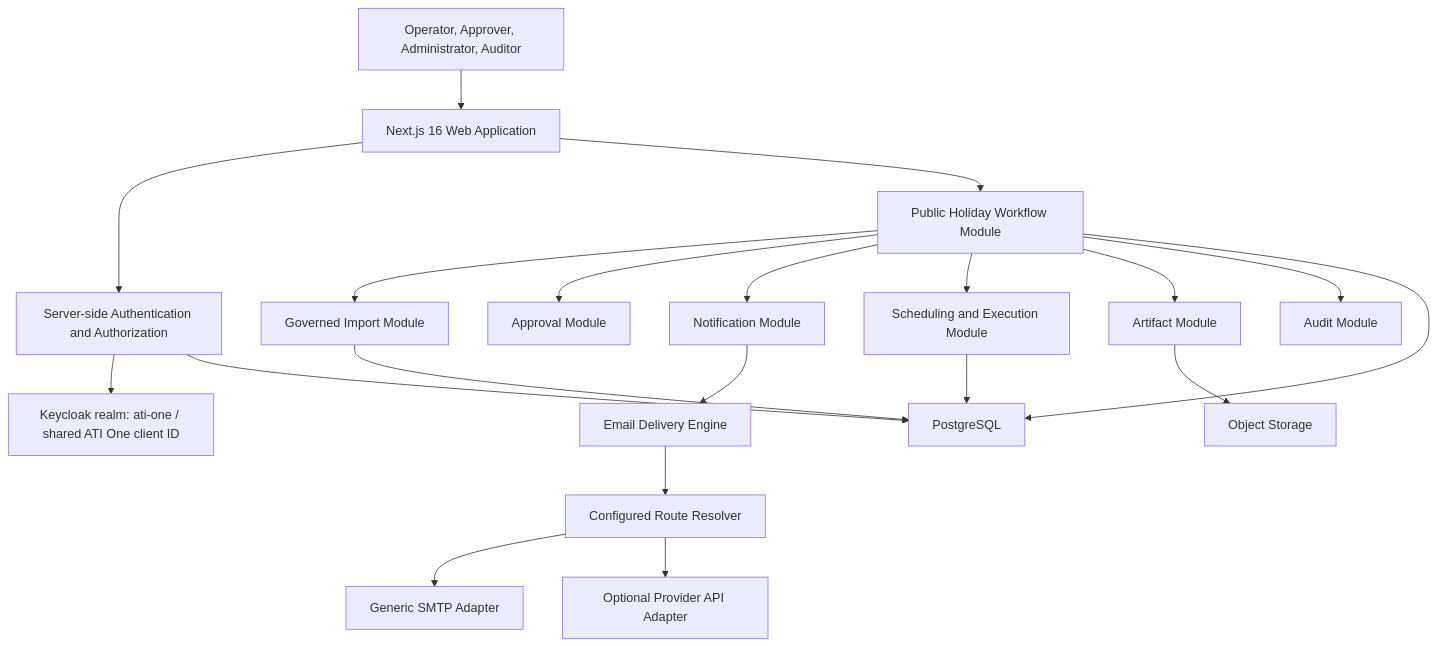
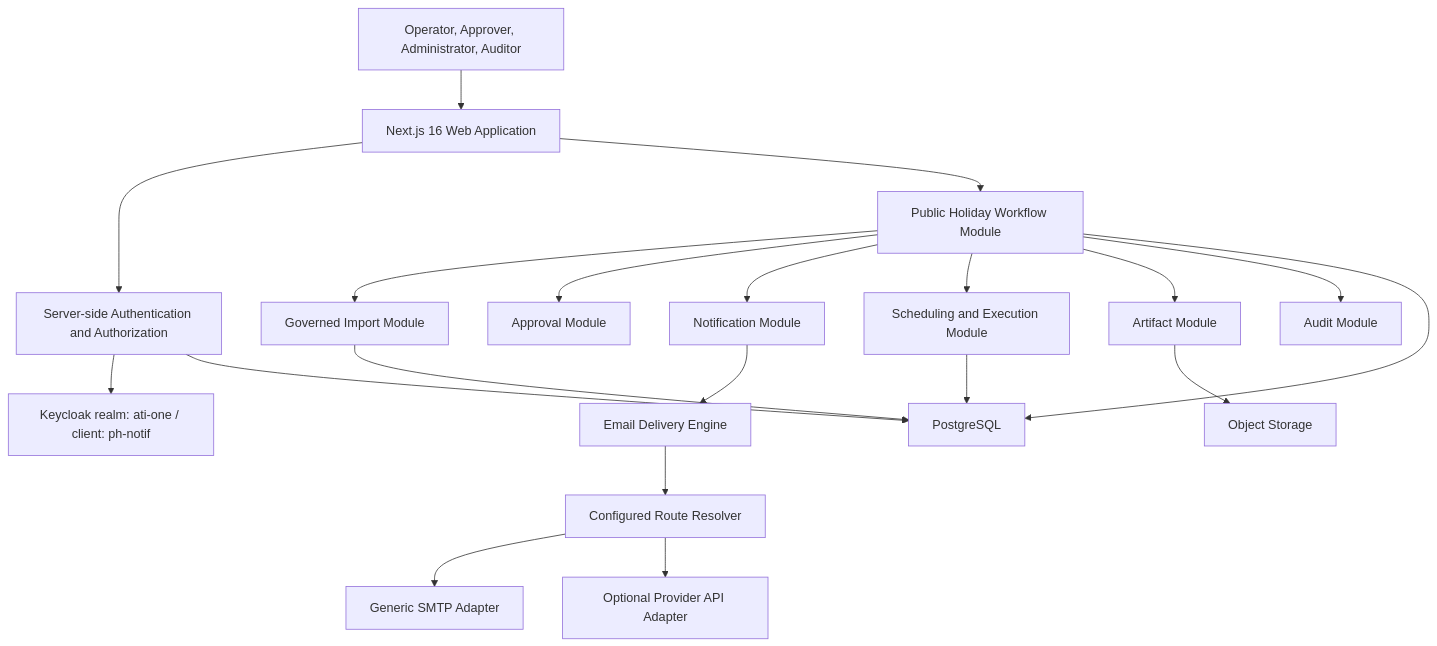
One commit to anshacerbia2/ati-ph changed the first of 4 diagrams in architecture.md. Above: the diagram before and after it, drawn with Mermaid. The commit also changed other lines of this file and 5 other files, not shown here.

````diff
--- a/architecture.md
+++ b/architecture.md
@@ -106,22 +106,22 @@
 ```mermaid
 flowchart TD
     U["Operator, Approver, Administrator, Auditor"] --> WEB["Next.js 16 Web Application"]
     WEB --> AUTH["Server-side Authentication and Authorization"]
-    AUTH --> KC["Keycloak realm: ati-one / shared ATI One client ID"]
+    AUTH --> KC["Keycloak realm: ati-one / client: ph-notif"]
     WEB --> APP["Public Holiday Workflow Module"]
     APP --> IMP["Governed Import Module"]
     APP --> APR["Approval Module"]
     APP --> MSG["Notification Module"]
     APP --> SCH["Scheduling and Execution Module"]
     APP --> ART["Artifact Module"]
     APP --> AUD["Audit Module"]
     MSG --> EDP["Email Delivery Engine"]
     EDP --> ROUTER["Configured Route Resolver"]
     ROUTER --> SMTP["Generic SMTP Adapter"]
     ROUTER --> PAPI["Optional Provider API Adapter"]
     ART --> STORE["Object Storage"]
     IMP --> DB["PostgreSQL"]
     APP --> DB
     AUTH --> DB
     SCH --> DB
 ```
````
